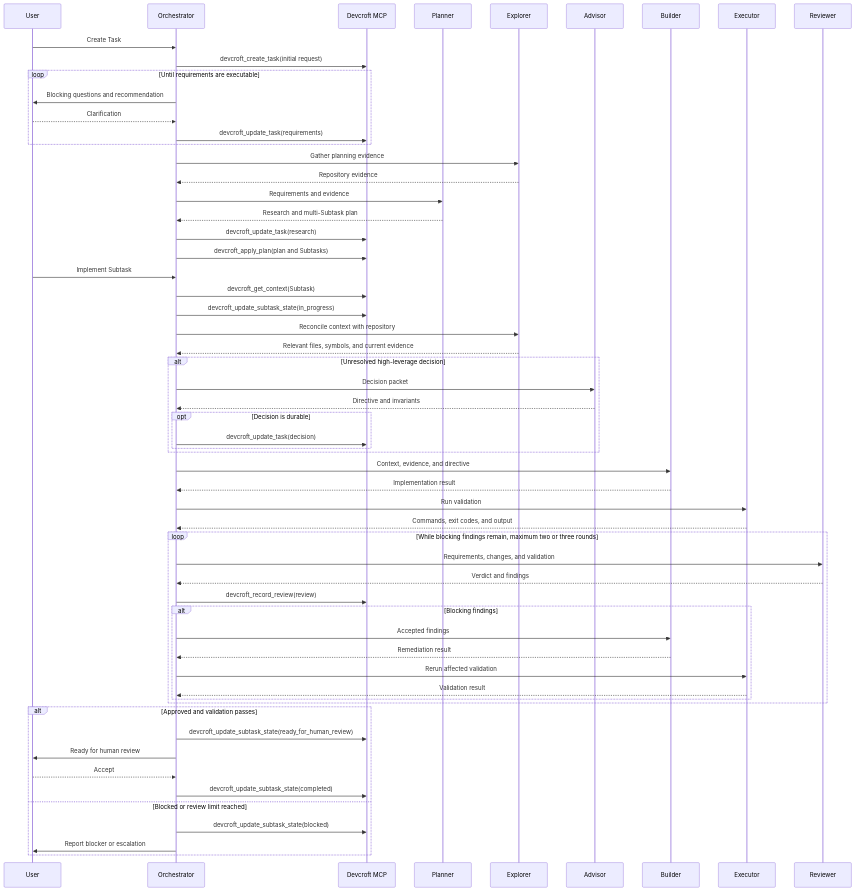
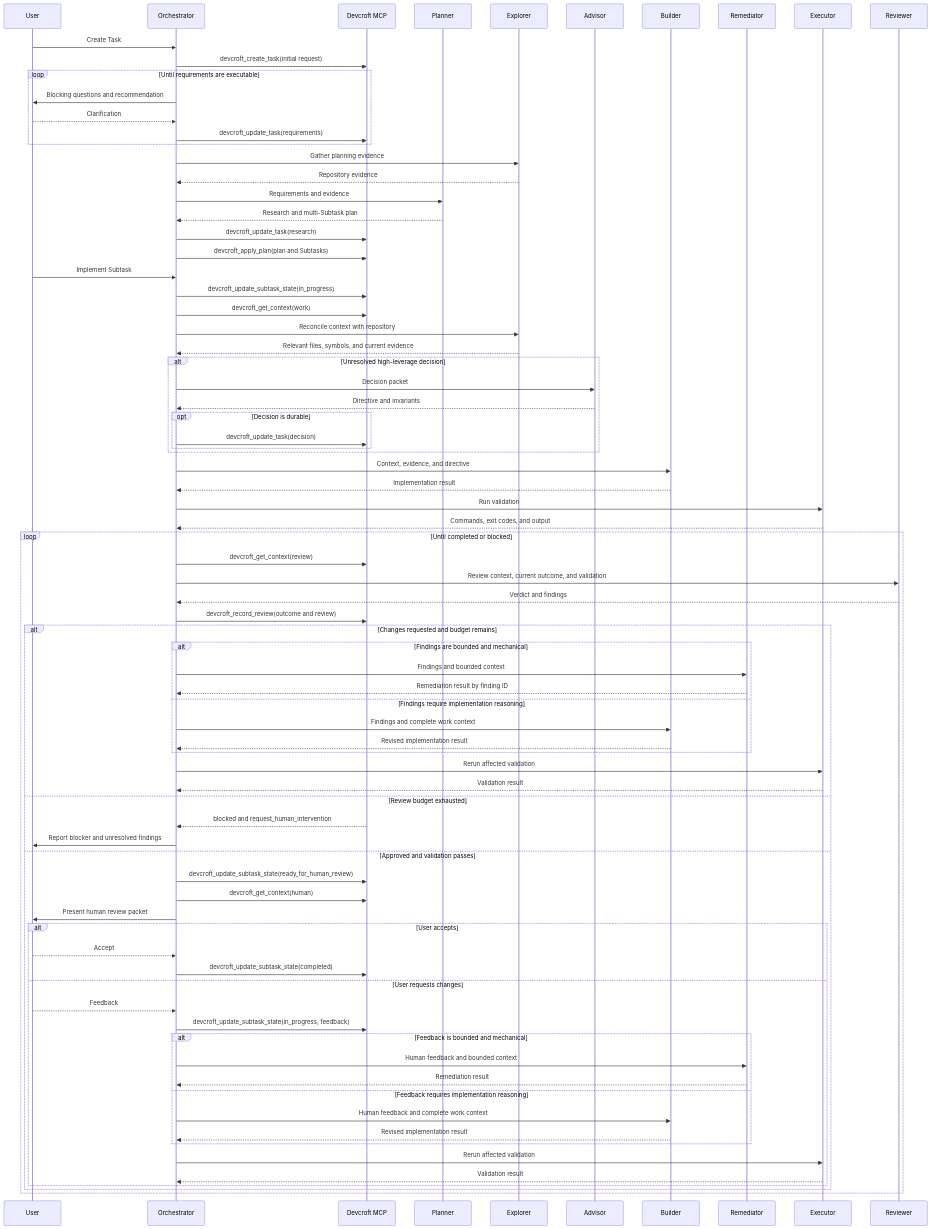
The diagram in dot_config/opencode/WORKFLOW.md (hossainemruz/dotfiles), drawn with Mermaid before and after one commit. The commit also changed other lines of this file, not shown here.

````diff
--- a/dot_config/opencode/WORKFLOW.md
+++ b/dot_config/opencode/WORKFLOW.md
@@ -191,6 +256,7 @@
     participant Explorer
     participant Advisor
     participant Builder
+    participant Remediator
     participant Executor
     participant Reviewer
 
@@ -210,8 +276,8 @@
     Orchestrator->>MCP: devcroft_apply_plan(plan and Subtasks)
 
     User->>Orchestrator: Implement Subtask
-    Orchestrator->>MCP: devcroft_get_context(Subtask)
     Orchestrator->>MCP: devcroft_update_subtask_state(in_progress)
+    Orchestrator->>MCP: devcroft_get_context(work)
     Orchestrator->>Explorer: Reconcile context with repository
     Explorer-->>Orchestrator: Relevant files, symbols, and current evidence
 
@@ -228,25 +294,44 @@
     Orchestrator->>Executor: Run validation
     Executor-->>Orchestrator: Commands, exit codes, and output
 
-    loop While blocking findings remain, maximum two or three rounds
-        Orchestrator->>Reviewer: Requirements, changes, and validation
+    loop Until completed or blocked
+        Orchestrator->>MCP: devcroft_get_context(review)
+        Orchestrator->>Reviewer: Review context, current outcome, and validation
         Reviewer-->>Orchestrator: Verdict and findings
-        Orchestrator->>MCP: devcroft_record_review(review)
-        alt Blocking findings
-            Orchestrator->>Builder: Accepted findings
-            Builder-->>Orchestrator: Remediation result
+        Orchestrator->>MCP: devcroft_record_review(outcome and review)
+        alt Changes requested and budget remains
+            alt Findings are bounded and mechanical
+                Orchestrator->>Remediator: Findings and bounded context
+                Remediator-->>Orchestrator: Remediation result by finding ID
+            else Findings require implementation reasoning
+                Orchestrator->>Builder: Findings and complete work context
+                Builder-->>Orchestrator: Revised implementation result
+            end
             Orchestrator->>Executor: Rerun affected validation
             Executor-->>Orchestrator: Validation result
+        else Review budget exhausted
+            MCP-->>Orchestrator: blocked and request_human_intervention
+            Orchestrator->>User: Report blocker and unresolved findings
+        else Approved and validation passes
+            Orchestrator->>MCP: devcroft_update_subtask_state(ready_for_human_review)
+            Orchestrator->>MCP: devcroft_get_context(human)
+            Orchestrator->>User: Present human review packet
+            alt User accepts
+                User-->>Orchestrator: Accept
+                Orchestrator->>MCP: devcroft_update_subtask_state(completed)
+            else User requests changes
+                User-->>Orchestrator: Feedback
+                Orchestrator->>MCP: devcroft_update_subtask_state(in_progress, feedback)
+                alt Feedback is bounded and mechanical
+                    Orchestrator->>Remediator: Human feedback and bounded context
+                    Remediator-->>Orchestrator: Remediation result
+                else Feedback requires implementation reasoning
+                    Orchestrator->>Builder: Human feedback and complete work context
+                    Builder-->>Orchestrator: Revised implementation result
+                end
+                Orchestrator->>Executor: Rerun affected validation
+                Executor-->>Orchestrator: Validation result
+            end
         end
     end
-
-    alt Approved and validation passes
-        Orchestrator->>MCP: devcroft_update_subtask_state(ready_for_human_review)
-        Orchestrator->>User: Ready for human review
-        User-->>Orchestrator: Accept
-        Orchestrator->>MCP: devcroft_update_subtask_state(completed)
-    else Blocked or review limit reached
-        Orchestrator->>MCP: devcroft_update_subtask_state(blocked)
-        Orchestrator->>User: Report blocker or escalation
-    end
 ```
````
